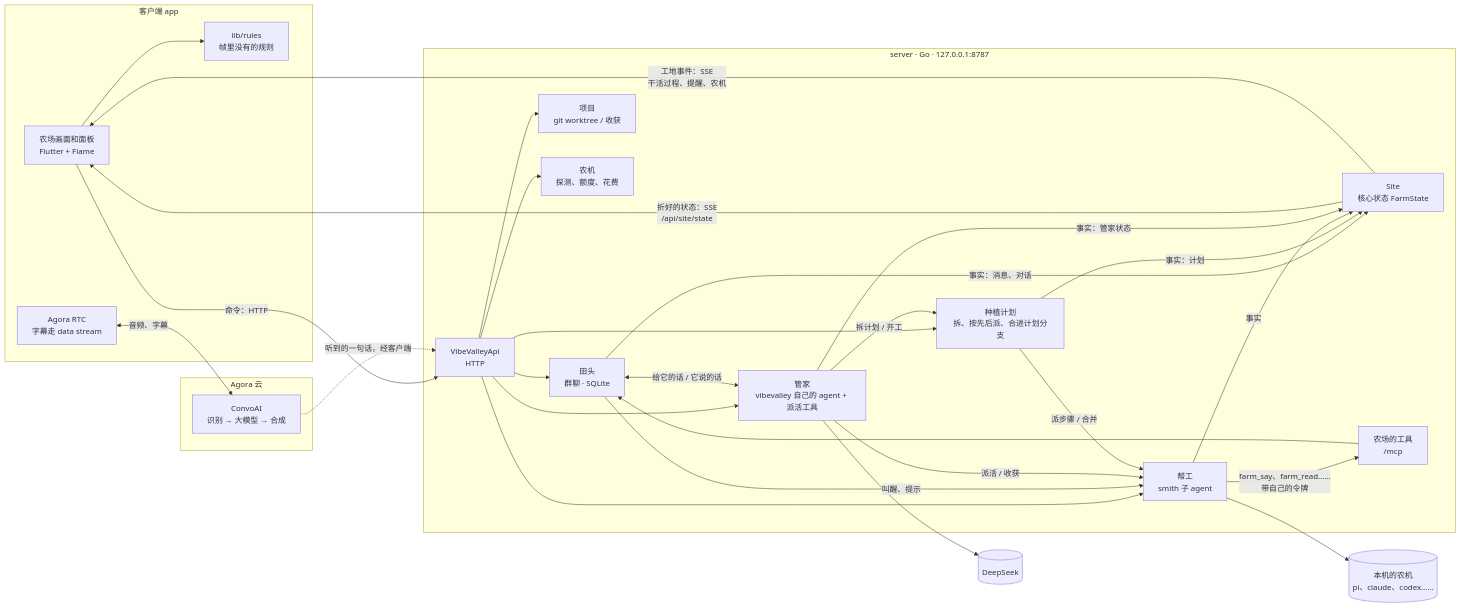
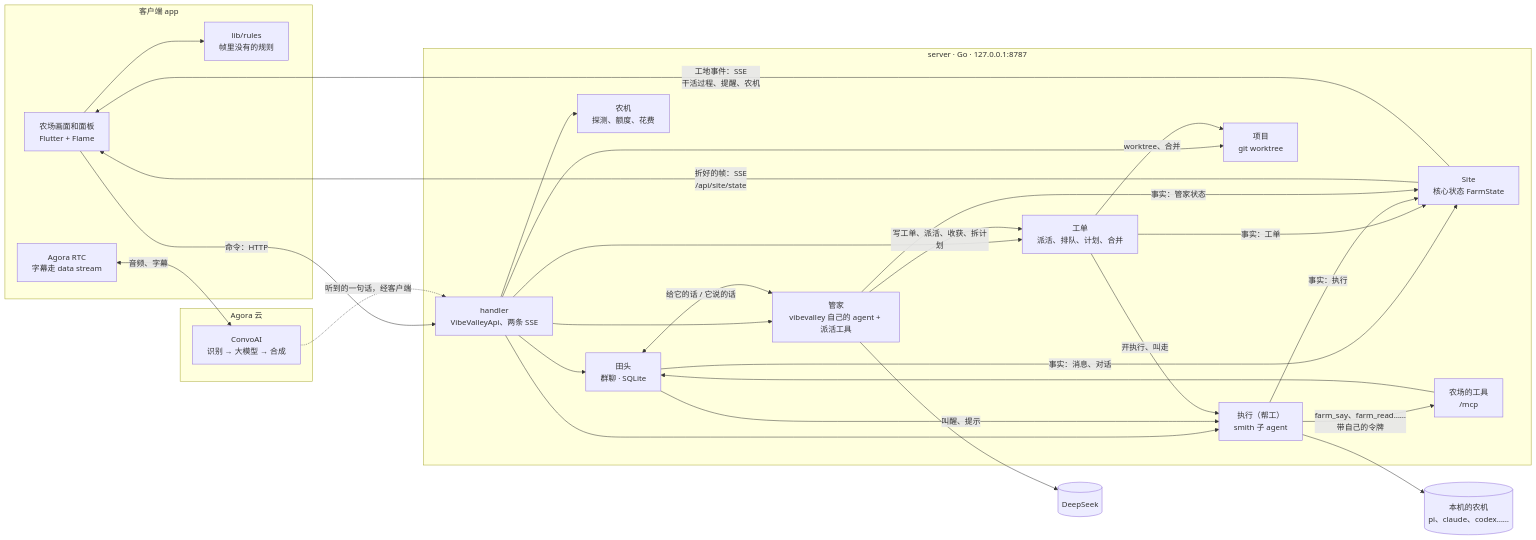
The diagram in docs/architecture.md (vibevalleyhq/vibevalley), drawn with Mermaid before and after one commit. The commit also changed other lines of this file and 65 other files, not shown here.

````diff
--- a/docs/architecture.md
+++ b/docs/architecture.md
@@ -5,48 +5,48 @@
 ```mermaid
 flowchart LR
   subgraph Client[客户端 app]
     UI[农场画面和面板<br/>Flutter + Flame]
     RULES[lib/rules<br/>帧里没有的规则]
     RTC[Agora RTC<br/>字幕走 data stream]
   end
 
   subgraph Server[server · Go · 127.0.0.1:8787]
-    API[VibeValleyApi<br/>HTTP]
+    API[handler<br/>VibeValleyApi、两条 SSE]
     SITE[Site<br/>核心状态 FarmState]
     FM[管家<br/>vibevalley 自己的 agent + 派活工具]
     CHAT[田头<br/>群聊 · SQLite]
     MCP[农场的工具<br/>/mcp]
-    CREW[帮工<br/>smith 子 agent]
-    PB[种植计划<br/>拆、按先后派、合进计划分支]
-    PRJ[项目<br/>git worktree / 收获]
+    TK[工单<br/>派活、排队、计划、合并]
+    CREW[执行（帮工）<br/>smith 子 agent]
+    PRJ[项目<br/>git worktree]
     RT[农机<br/>探测、额度、花费]
   end
 
   subgraph Agora[Agora 云]
     CAI[ConvoAI<br/>识别 → 大模型 → 合成]
   end
 
   AGENTS[(本机的农机<br/>pi、claude、codex……)]
   DS[(DeepSeek)]
 
   UI --> RULES
   UI -->|命令：HTTP| API
-  SITE -->|折好的状态：SSE<br/>/api/site/state| UI
+  SITE -->|折好的帧：SSE<br/>/api/site/state| UI
   SITE -->|工地事件：SSE<br/>干活过程、提醒、农机| UI
-  API --> CHAT & FM & CREW & PB & PRJ & RT
+  API --> CHAT & FM & TK & CREW & PRJ & RT
   CHAT <-->|给它的话 / 它说的话| FM
   CHAT -->|叫醒、提示| CREW
   CREW -->|farm_say、farm_read……<br/>带自己的令牌| MCP
   MCP --> CHAT
-  CHAT -->|事实：消息、对话| SITE
-  FM -->|派活 / 收获| CREW
-  FM -->|拆计划 / 开工| PB
-  PB -->|派步骤 / 合并| CREW
-  PB -->|事实：计划| SITE
+  FM -->|写工单、派活、收获、拆计划| TK
+  TK -->|开执行、叫走| CREW
+  TK -->|worktree、合并| PRJ
   CREW --> AGENTS
   FM --> DS
-  CREW -->|事实| SITE
+  CHAT -->|事实：消息、对话| SITE
+  TK -->|事实：工单| SITE
+  CREW -->|事实：执行| SITE
   FM -->|事实：管家状态| SITE
   RTC <-->|音频、字幕| CAI
   CAI -.->|听到的一句话，经客户端| API
 ```
````
